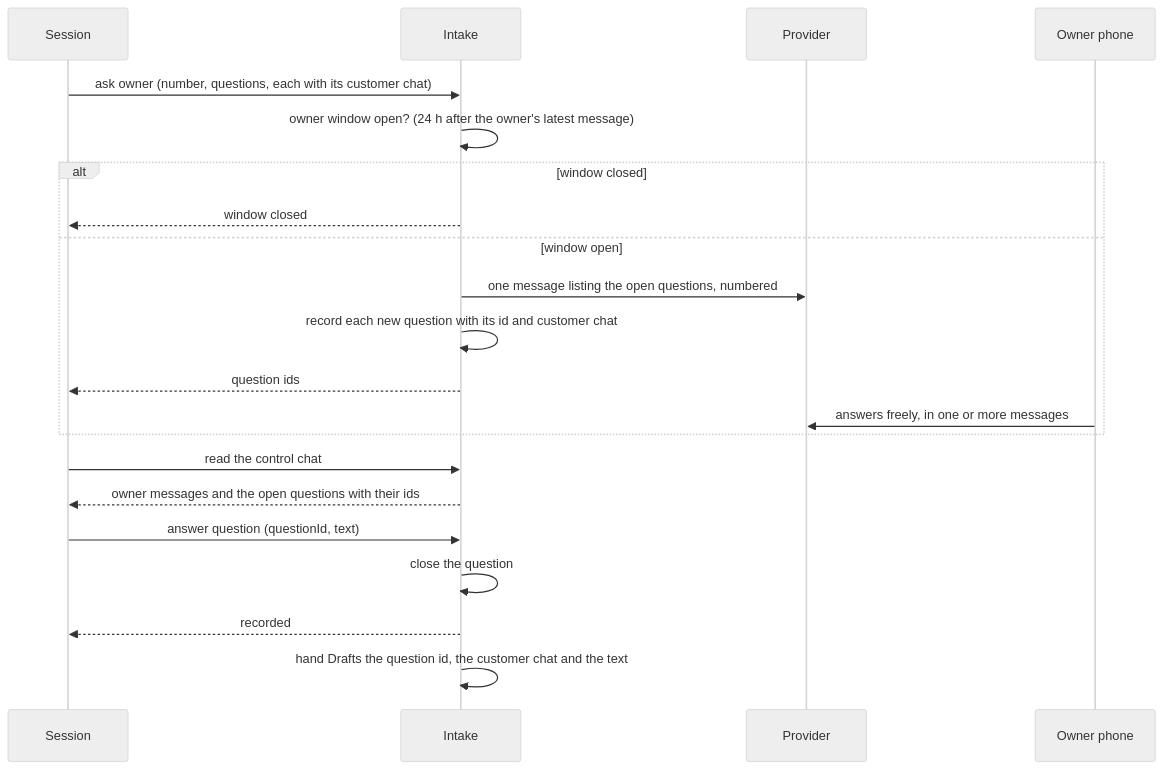
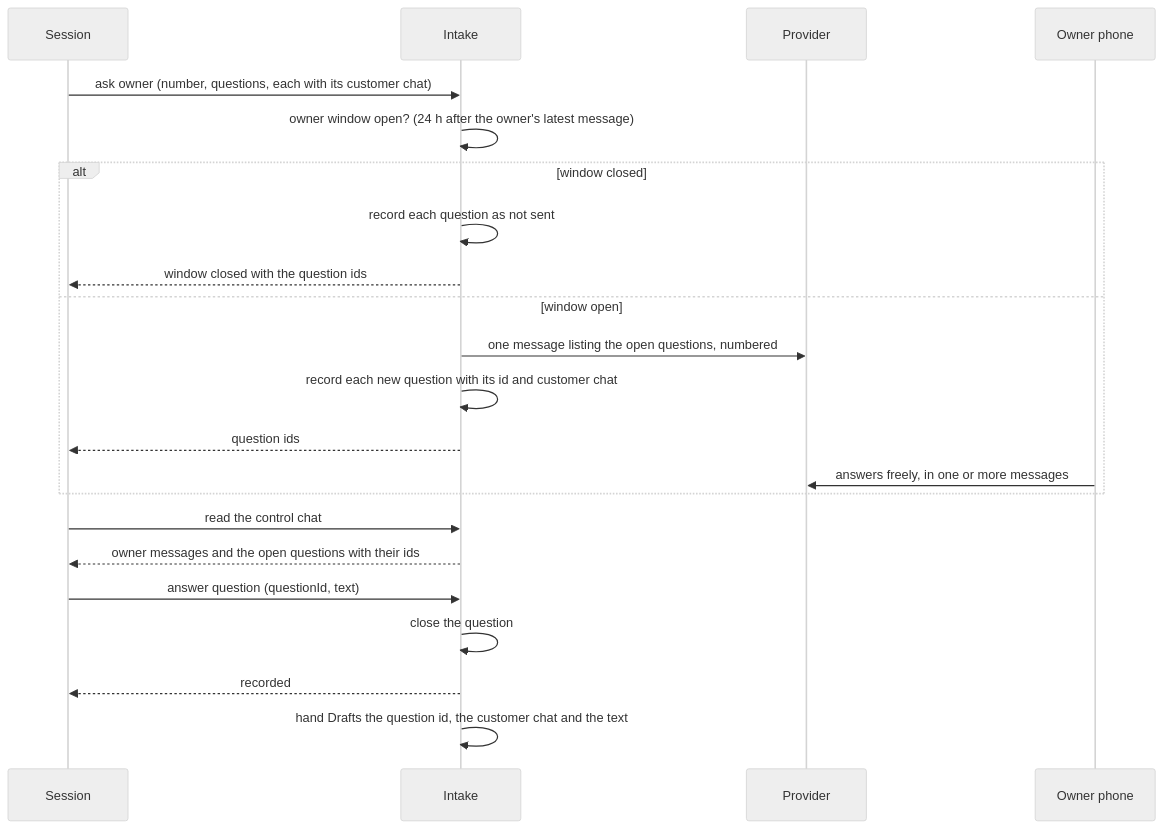
Before and after one commit to antonygiomarxdev/deputy: the second of 2 diagrams in docs/intake/tp/TP-05-pilot-owner-chat-and-tools.md, drawn with Mermaid (neutral theme). The commit also changed other lines of this file and 7 other files, not shown here.

Commit message:
docs: keep a question asked with the owner window closed, count per day, wire the pilot use cases

````diff
--- a/docs/intake/tp/TP-05-pilot-owner-chat-and-tools.md
+++ b/docs/intake/tp/TP-05-pilot-owner-chat-and-tools.md
@@ -81,23 +81,24 @@
 ```mermaid
 sequenceDiagram
   participant S as Session
   participant I as Intake
   participant P as Provider
   participant O as Owner phone
   S->>I: ask owner (number, questions, each with its customer chat)
   I->>I: owner window open? (24 h after the owner's latest message)
   alt window closed
-    I-->>S: window closed
+    I->>I: record each question as not sent
+    I-->>S: window closed with the question ids
   else window open
     I->>P: one message listing the open questions, numbered
     I->>I: record each new question with its id and customer chat
     I-->>S: question ids
     O->>P: answers freely, in one or more messages
   end
   S->>I: read the control chat
   I-->>S: owner messages and the open questions with their ids
   S->>I: answer question (questionId, text)
   I->>I: close the question
   I-->>S: recorded
   I->>I: hand Drafts the question id, the customer chat and the text
 ```
````
